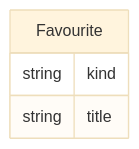
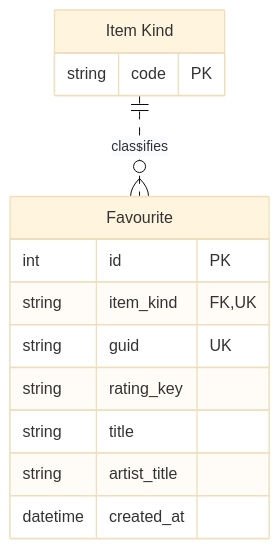
Before and after one commit to pvginkel/SonosController: the diagram in docs/api-design.md, drawn with Mermaid (base theme). The commit also changed other lines of this file and 3 other files, not shown here.

````diff
--- a/docs/api-design.md
+++ b/docs/api-design.md
@@ -782,8 +836,17 @@
 ```mermaid
 erDiagram
     direction TB
     Favourite {
-        string kind
+        int id PK
+        string item_kind FK, UK
+        string guid UK
+        string rating_key
         string title
+        string artist_title
+        datetime created_at
     }
+    ItemKind["Item Kind"] {
+        string code PK
+    }
+    ItemKind ||..o{ Favourite : "classifies"
 ```
````
